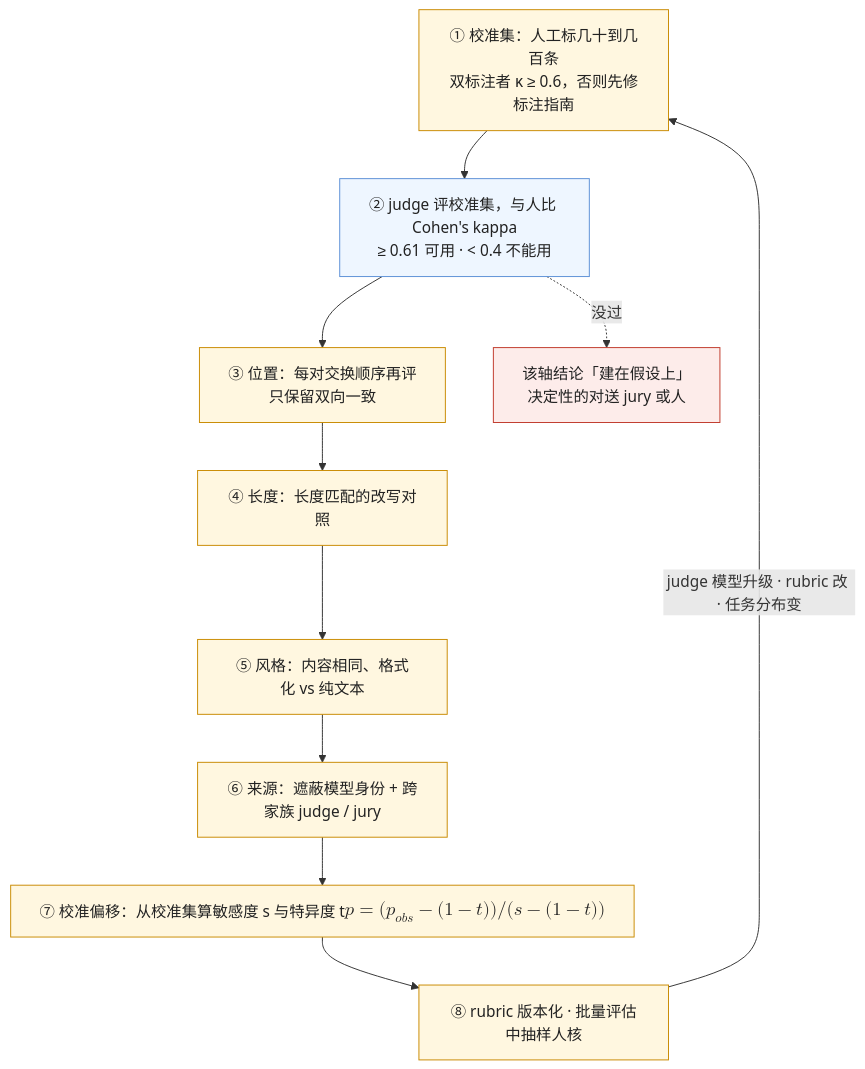
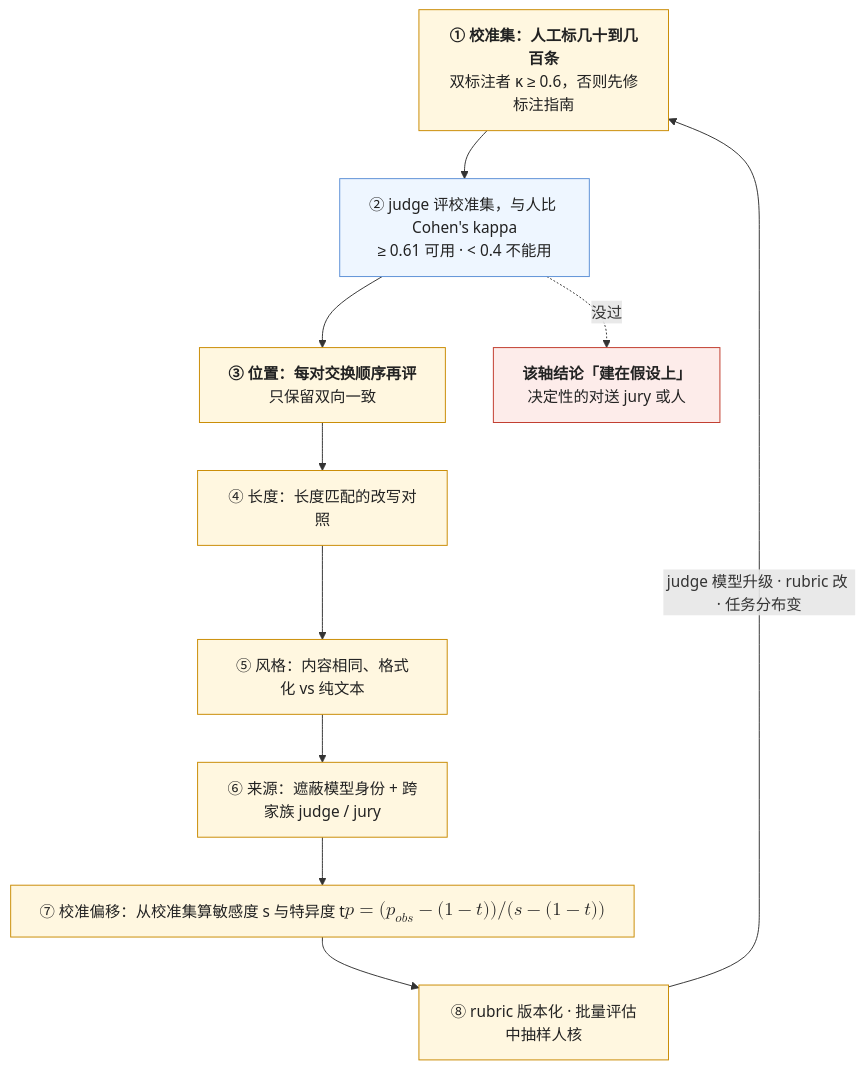
The fourth of 6 diagrams in _posts/2026-11-01-scoring-rules-llm-as-a-judge-and-humans.md (arganzheng/arganzheng.github.com), drawn with Mermaid before and after one commit. The commit also changed other lines of this file and 7 other files, not shown here.

First line of the commit message:
评测、可观测与可追溯：怎么知道改了之后更好了：Mermaid 多行方框的首行标为标题（8 篇）

````diff
--- a/_posts/2026-11-01-scoring-rules-llm-as-a-judge-and-humans.md
+++ b/_posts/2026-11-01-scoring-rules-llm-as-a-judge-and-humans.md
@@ -137,19 +137,19 @@
 ```mermaid
 %% 图：judge 校准的八步协议——先有人的校准集（双标注者 κ ≥ 0.6，否则先修指南），再量 judge 与人的 kappa（≥ 0.61 才能用），然后逐一测四类偏差（交换顺序、长度匹配、格式对照、遮蔽来源 + 跨家族），算敏感度 / 特异度反推真实通过率，最后固定 rubric 并持续抽检；judge 模型升级、rubric 改、任务分布变则重校
 flowchart TB
-    S1["① 校准集：人工标几十到几百条<br/>双标注者 κ ≥ 0.6，否则先修标注指南"] --> S2["② judge 评校准集，与人比 Cohen's kappa<br/>≥ 0.61 可用 · < 0.4 不能用"]
-    S2 --> S3["③ 位置：每对交换顺序再评<br/>只保留双向一致"]
+    S1["<b>① 校准集：人工标几十到几百条</b><br/>双标注者 κ ≥ 0.6，否则先修标注指南"] --> S2["② judge 评校准集，与人比 Cohen's kappa<br/>≥ 0.61 可用 · < 0.4 不能用"]
+    S2 --> S3["<b>③ 位置：每对交换顺序再评</b><br/>只保留双向一致"]
     S3 --> S4["④ 长度：长度匹配的改写对照"]
     S4 --> S5["⑤ 风格：内容相同、格式化 vs 纯文本"]
     S5 --> S6["⑥ 来源：遮蔽模型身份 + 跨家族 judge / jury"]
     S6 --> S7["⑦ 校准偏移：从校准集算敏感度 s 与特异度 t<br/>$$p = (p_{obs} - (1-t)) / (s - (1-t))$$"]
     S7 --> S8["⑧ rubric 版本化 · 批量评估中抽样人核"]
     S8 -->|"judge 模型升级 · rubric 改 · 任务分布变"| S1
-    S2 -.->|"没过"| X["该轴结论「建在假设上」<br/>决定性的对送 jury 或人"]
+    S2 -.->|"没过"| X["<b>该轴结论「建在假设上」</b><br/>决定性的对送 jury 或人"]
     classDef step fill:#fff7e0,stroke:#c98a00,color:#222
     classDef gate fill:#eef6ff,stroke:#5b8fd6,color:#222
     classDef bad fill:#fdecea,stroke:#c0392b,color:#222
     class S1,S3,S4,S5,S6,S7,S8 step
     class S2 gate
     class X bad
 ```
````
